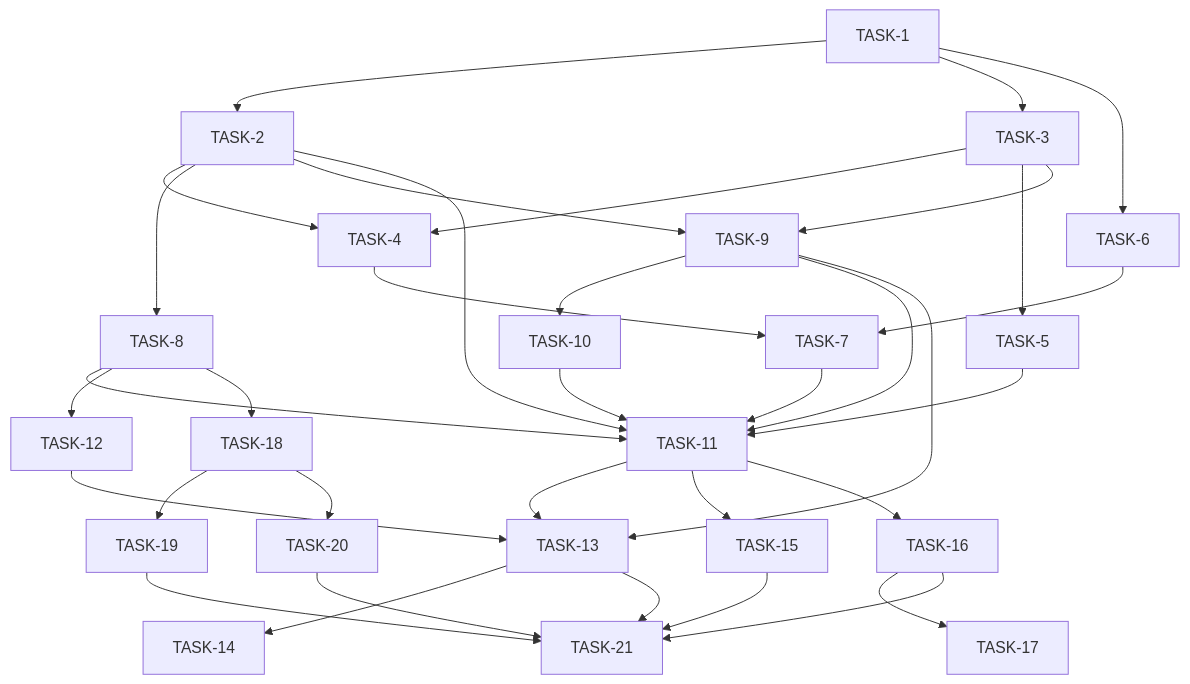
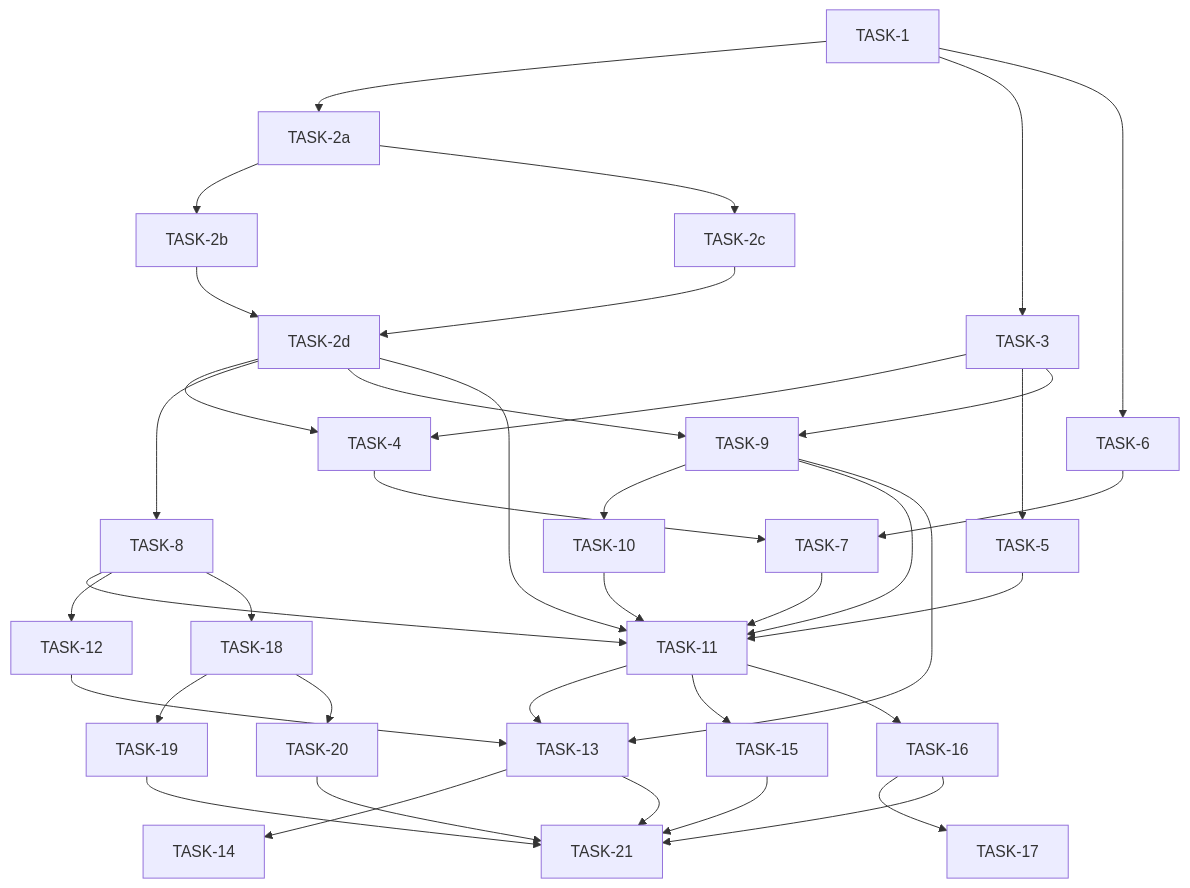
One commit to TonyWu20/castep_workflow_framework changed the diagram in plans/PHASE3_IMPLEMENTATION_PLAN.md. Above: the diagram before and after it, drawn with Mermaid. The commit also changed other lines of this file and 10 other files, not shown here.

````diff
--- a/plans/PHASE3_IMPLEMENTATION_PLAN.md
+++ b/plans/PHASE3_IMPLEMENTATION_PLAN.md
@@ -789,49 +875,54 @@
 ```mermaid
 graph TD
-  TASK-1 --> TASK-2
+  TASK-1 --> TASK-2a
   TASK-1 --> TASK-3
   TASK-1 --> TASK-6
 
-  TASK-2 --> TASK-4
+  TASK-2a --> TASK-2b
+  TASK-2a --> TASK-2c
+  TASK-2b --> TASK-2d
+  TASK-2c --> TASK-2d
+
+  TASK-2d --> TASK-4
   TASK-3 --> TASK-4
-  TASK-2 --> TASK-8
-  TASK-2 --> TASK-9
+  TASK-2d --> TASK-8
+  TASK-2d --> TASK-9
 
   TASK-3 --> TASK-5
   TASK-3 --> TASK-9
 
   TASK-4 --> TASK-7
   TASK-6 --> TASK-7
 
   TASK-9 --> TASK-10
 
-  TASK-2 --> TASK-11
+  TASK-2d --> TASK-11
   TASK-5 --> TASK-11
   TASK-7 --> TASK-11
   TASK-8 --> TASK-11
   TASK-9 --> TASK-11
   TASK-10 --> TASK-11
 
   TASK-8 --> TASK-12
 
   TASK-9 --> TASK-13
   TASK-11 --> TASK-13
   TASK-12 --> TASK-13
 
   TASK-13 --> TASK-14
 
   TASK-11 --> TASK-15
   TASK-11 --> TASK-16
 
   TASK-16 --> TASK-17
 
   TASK-8 --> TASK-18
   TASK-18 --> TASK-19
   TASK-18 --> TASK-20
 
   TASK-13 --> TASK-21
   TASK-15 --> TASK-21
   TASK-16 --> TASK-21
   TASK-19 --> TASK-21
   TASK-20 --> TASK-21
 ```
````
